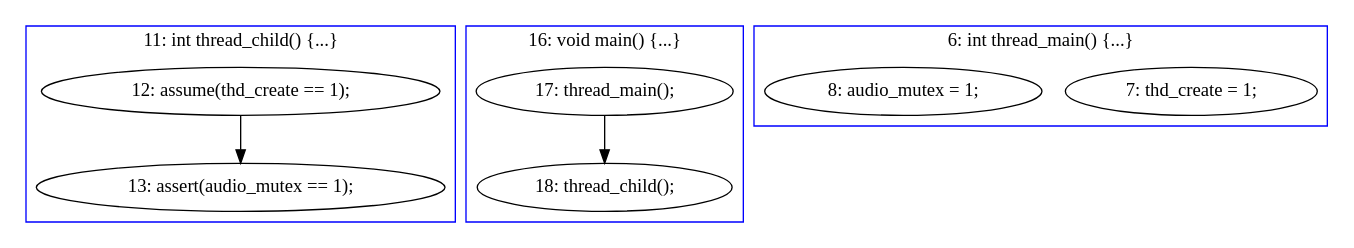
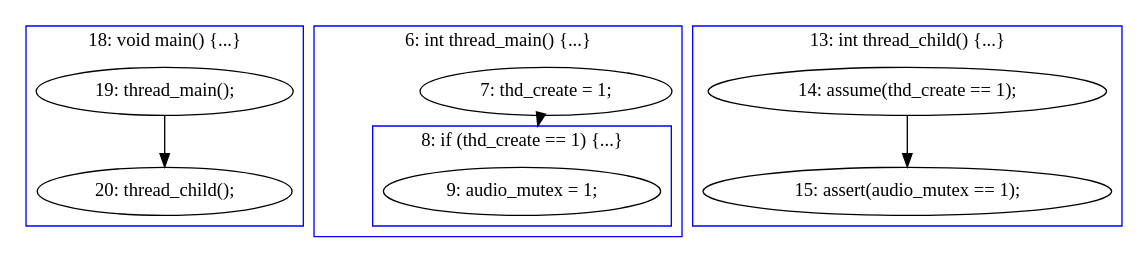
Before and after one commit to hylhp/cav14-model: the diagram in zsnes.mixed/A-po.dot, drawn with Graphviz. The commit also changed 19 other files, not shown here.

```diff
--- a/zsnes.mixed/A-po.dot
+++ b/zsnes.mixed/A-po.dot
@@ -1,23 +1,29 @@
 digraph PartialOrder {
 	compound = true
-	"12: assume(thd_create == 1);" -> "13: assert(audio_mutex == 1);"
-	"17: thread_main();" -> "18: thread_child();"
+	"19: thread_main();" -> "20: thread_child();"
+	"7: thd_create = 1;" -> "9: audio_mutex = 1;" [lhead = cluster3]
+	"14: assume(thd_create == 1);" -> "15: assert(audio_mutex == 1);"
+	subgraph cluster4 {
+		label = "13: int thread_child() {...}"
+		color = blue
+		"15: assert(audio_mutex == 1);"  [label = "15: assert(audio_mutex == 1);"]
+		"14: assume(thd_create == 1);"  [label = "14: assume(thd_create == 1);"]
+	}
 	subgraph cluster2 {
 		label = "6: int thread_main() {...}"
 		color = blue
+		"8: if (thd_create == 1) {...}"  [label = " ", style = invisible]
 		"7: thd_create = 1;"  [label = "7: thd_create = 1;"]
-		"8: audio_mutex = 1;"  [label = "8: audio_mutex = 1;"]
+		subgraph cluster3 {
+			label = "8: if (thd_create == 1) {...}"
+			color = blue
+			"9: audio_mutex = 1;"  [label = "9: audio_mutex = 1;"]
+		}
 	}
 	subgraph cluster1 {
-		label = "16: void main() {...}"
+		label = "18: void main() {...}"
 		color = blue
-		"17: thread_main();"  [label = "17: thread_main();"]
-		"18: thread_child();"  [label = "18: thread_child();"]
-	}
-	subgraph cluster3 {
-		label = "11: int thread_child() {...}"
-		color = blue
-		"13: assert(audio_mutex == 1);"  [label = "13: assert(audio_mutex == 1);"]
-		"12: assume(thd_create == 1);"  [label = "12: assume(thd_create == 1);"]
+		"20: thread_child();"  [label = "20: thread_child();"]
+		"19: thread_main();"  [label = "19: thread_main();"]
 	}
 }
```
